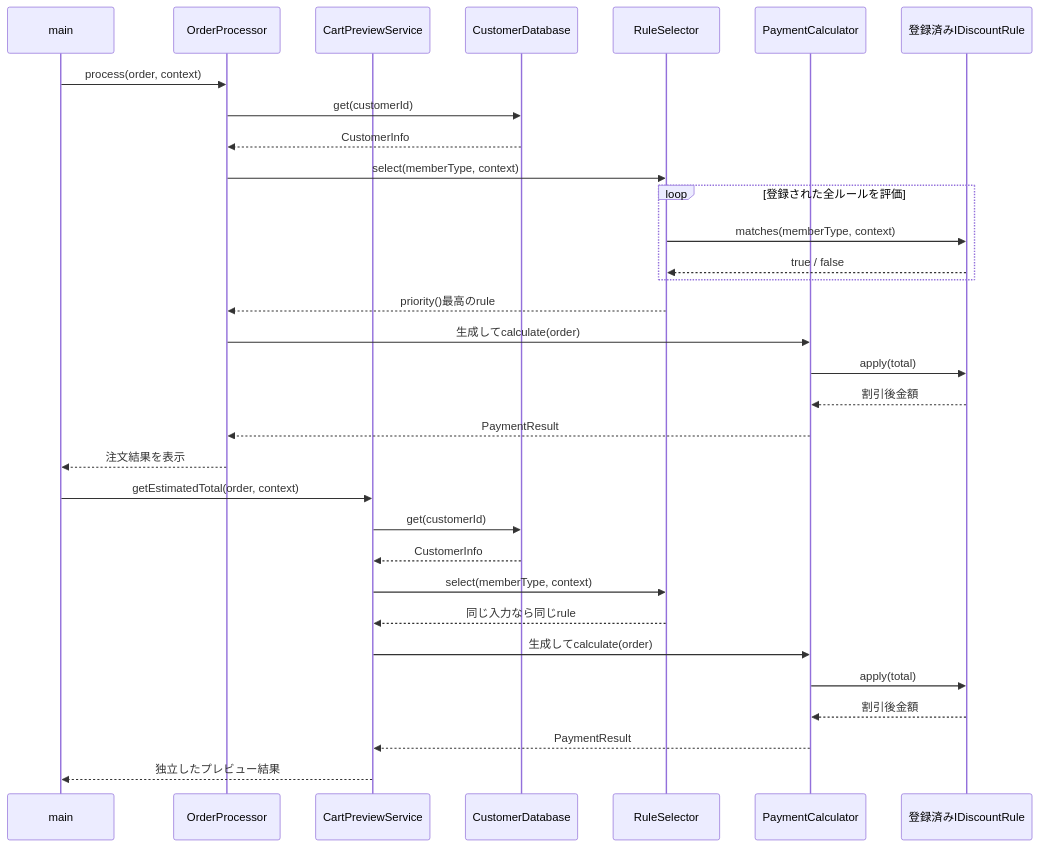
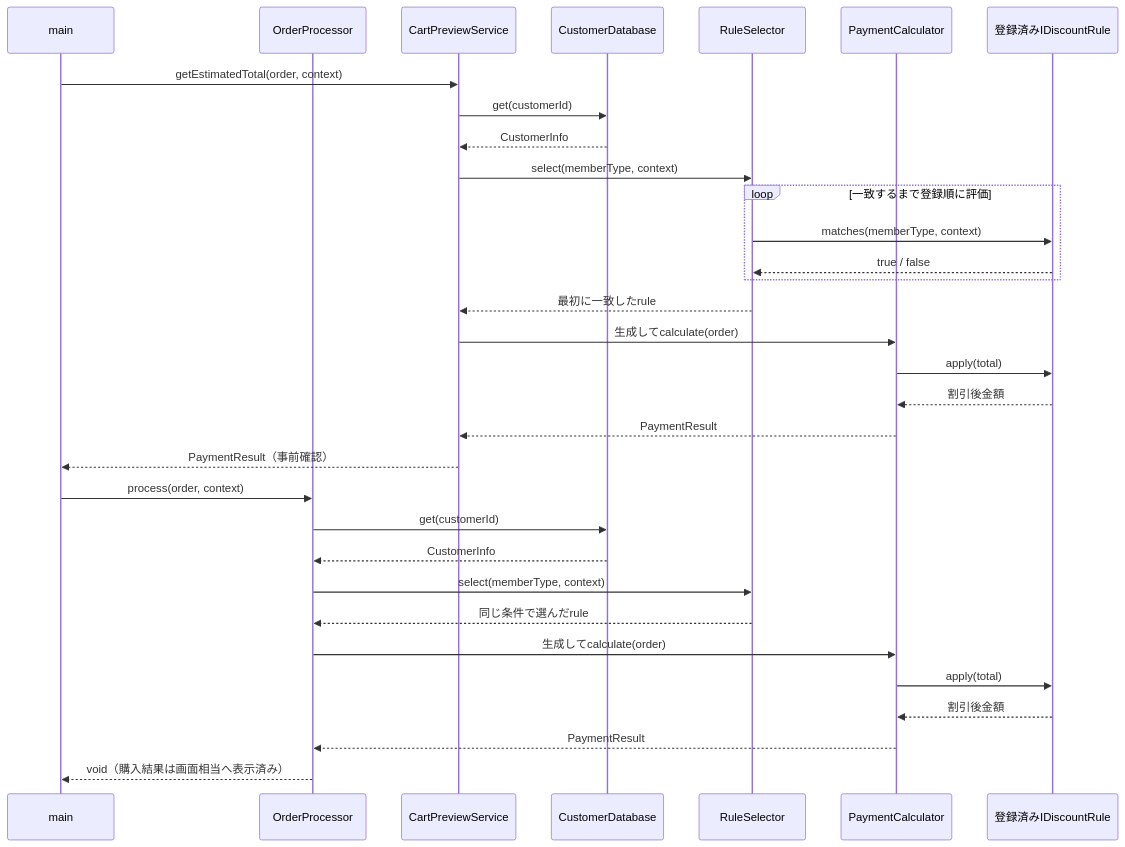
One commit to kumachan1101-pixel/DesignPattern changed diagram 14 of 17 in kindle/design-patterns/output/chapter01.md. Above: the diagram before and after it, drawn with Mermaid. The commit also changed other lines of this file and 28 other files, not shown here.

Commit message:
docs: simplify phase 6 design flow

````diff
--- a/kindle/design-patterns/output/chapter01.md
+++ b/kindle/design-patterns/output/chapter01.md
@@ -2279,36 +2179,36 @@
 ```mermaid
 sequenceDiagram
     participant M as main
     participant O as OrderProcessor
     participant V as CartPreviewService
     participant DB as CustomerDatabase
     participant S as RuleSelector
     participant P as PaymentCalculator
     participant I as 登録済みIDiscountRule
 
+    M->>V: getEstimatedTotal(order, context)
+    V->>DB: get(customerId)
+    DB-->>V: CustomerInfo
+    V->>S: select(memberType, context)
+    loop 一致するまで登録順に評価
+        S->>I: matches(memberType, context)
+        I-->>S: true / false
+    end
+    S-->>V: 最初に一致したrule
+    V->>P: 生成してcalculate(order)
+    P->>I: apply(total)
+    I-->>P: 割引後金額
+    P-->>V: PaymentResult
+    V-->>M: PaymentResult（事前確認）
+
     M->>O: process(order, context)
     O->>DB: get(customerId)
     DB-->>O: CustomerInfo
     O->>S: select(memberType, context)
-    loop 登録された全ルールを評価
-        S->>I: matches(memberType, context)
-        I-->>S: true / false
-    end
-    S-->>O: priority()最高のrule
+    S-->>O: 同じ条件で選んだrule
     O->>P: 生成してcalculate(order)
     P->>I: apply(total)
     I-->>P: 割引後金額
     P-->>O: PaymentResult
-    O-->>M: 注文結果を表示
-
-    M->>V: getEstimatedTotal(order, context)
-    V->>DB: get(customerId)
-    DB-->>V: CustomerInfo
-    V->>S: select(memberType, context)
-    S-->>V: 同じ入力なら同じrule
-    V->>P: 生成してcalculate(order)
-    P->>I: apply(total)
-    I-->>P: 割引後金額
-    P-->>V: PaymentResult
-    V-->>M: 独立したプレビュー結果
+    O-->>M: void（購入結果は画面相当へ表示済み）
 ```
````
